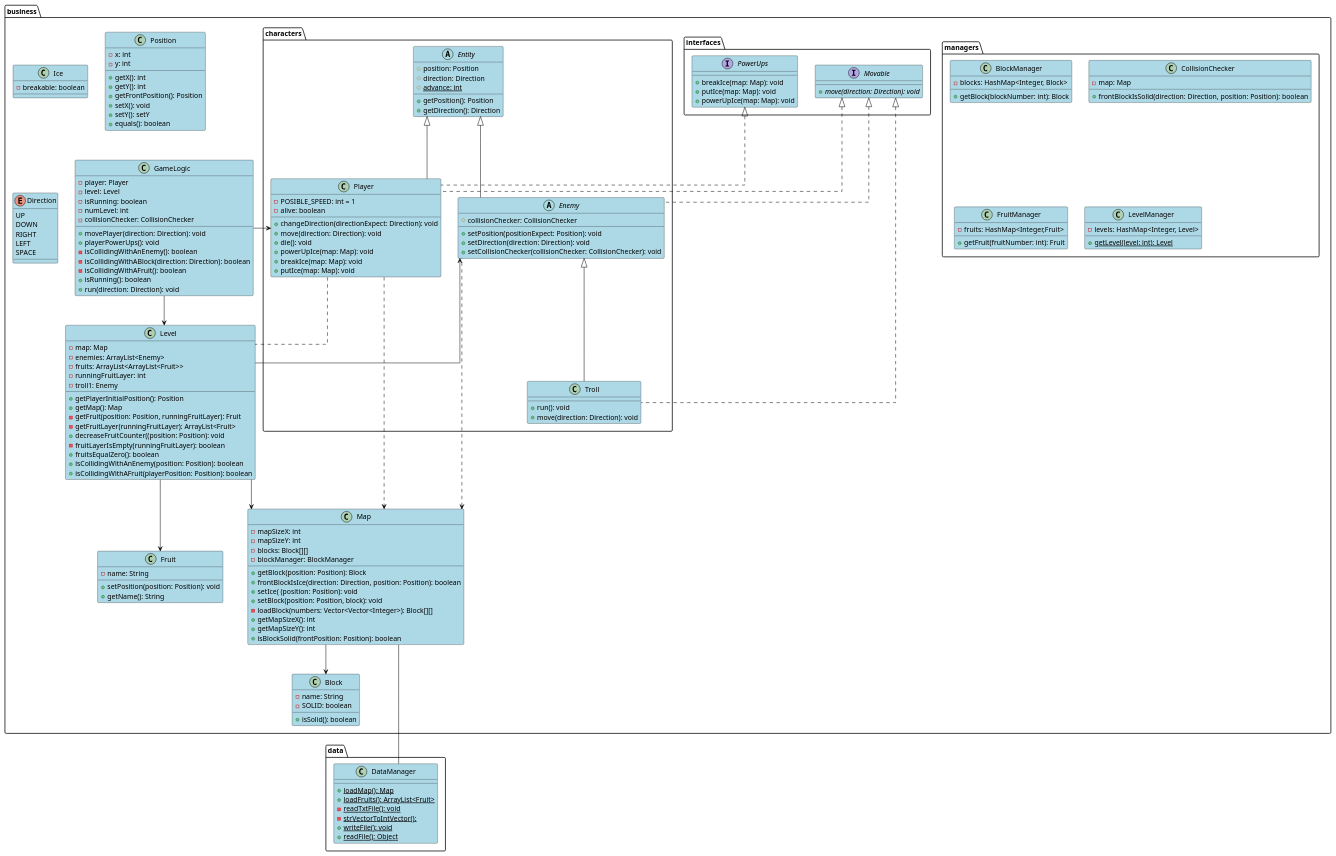
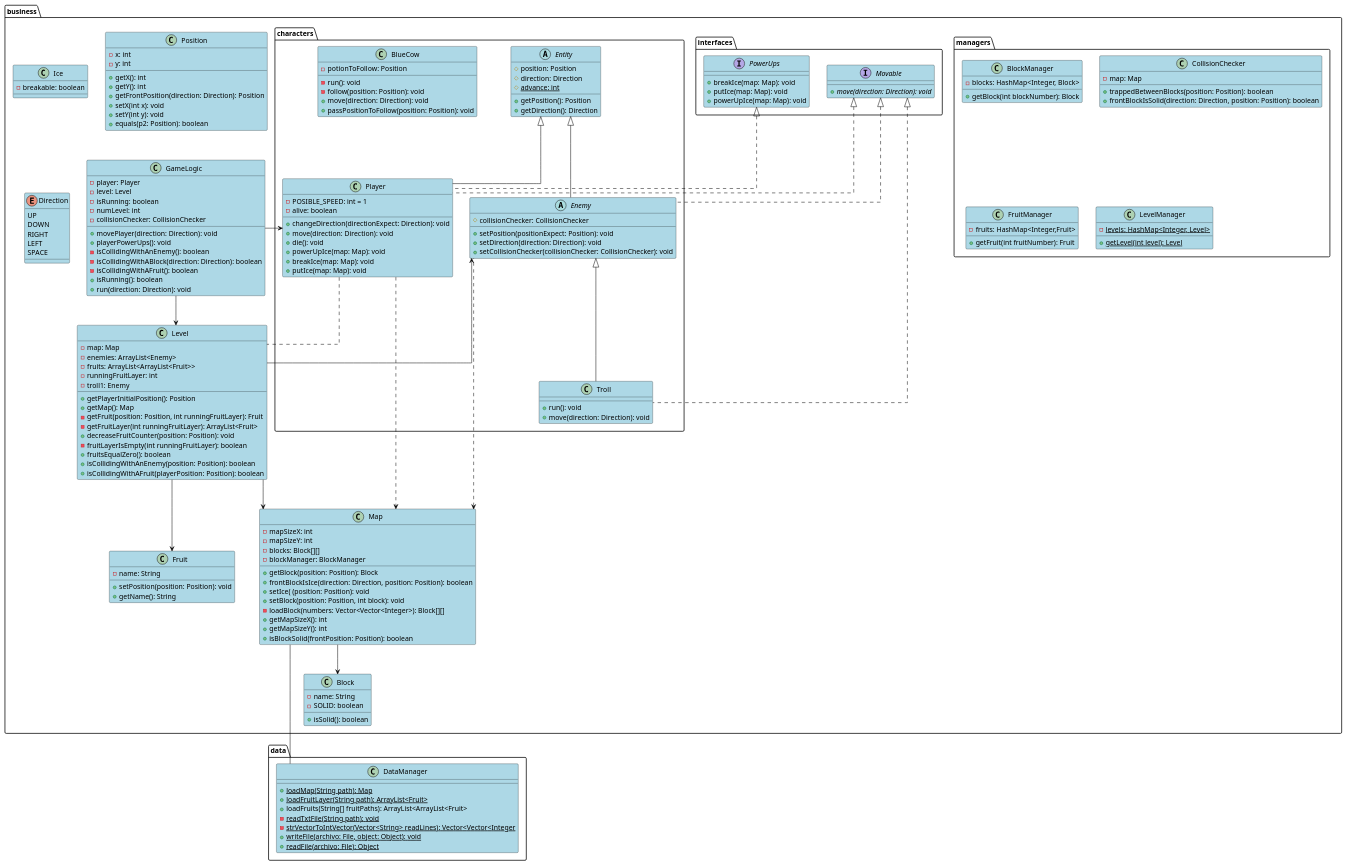
Before and after one commit to ViKunn/ProyectoFinalProgramacion: the diagram in diagrama.puml, drawn with PlantUML. The commit also changed 1 other file, not shown here.

Commit message:
actualización del UML

```diff
--- a/diagrama.puml
+++ b/diagrama.puml
@@ -33,10 +33,10 @@
         -troll1: Enemy
         +getPlayerInitialPosition(): Position
         +getMap(): Map
-        -getFruit(position: Position, runningFruitLayer): Fruit
-        -getFruitLayer(runningFruitLayer): ArrayList<Fruit>
-        +decreaseFruitCounter((position: Position): void
-        -fruitLayerIsEmpty(runningFruitLayer): boolean
+        -getFruit(position: Position, int runningFruitLayer): Fruit
+        -getFruitLayer(int runningFruitLayer): ArrayList<Fruit>
+        +decreaseFruitCounter(position: Position): void
+        -fruitLayerIsEmpty(int runningFruitLayer): boolean
         +fruitsEqualZero(): boolean
         +isCollidingWithAnEnemy(position: Position): boolean
         +isCollidingWithAFruit(playerPosition: Position): boolean
@@ -51,7 +51,7 @@
         +getBlock(position: Position): Block
         +frontBlockIsIce(direction: Direction, position: Position): boolean
         +setIce( (position: Position): void
-        +setBlock(position: Position, block): void
+        +setBlock(position: Position, int block): void
         -loadBlock(numbers: Vector<Vector<Integer>): Block[][]
         +getMapSizeX(): int
         +getMapSizeY(): int
@@ -79,10 +79,10 @@
         -y: int
         +getX(): int
         +getY(): int
-        +getFrontPosition(): Position
-        +setX(): void
-        +setY(): setY
-        +equals(): boolean
+        +getFrontPosition(direction: Direction): Position
+        +setX(int x): void
+        +setY(int y): void
+        +equals(p2: Position): boolean
     }
 
     enum Direction {
@@ -96,22 +96,23 @@
     package managers{
         class BlockManager{
             -blocks: HashMap<Integer, Block>
-            +getBlock(blockNumber: int): Block
+            +getBlock(int blockNumber): Block
         }
 
         class CollisionChecker{
             -map: Map
+            +trappedBetweenBlocks(position: Position): boolean
             +frontBlockIsSolid(direction: Direction, position: Position): boolean
         }
 
         class FruitManager{
             -fruits: HashMap<Integer,Fruit>
-            +getFruit(fruitNumber: int): Fruit
+            +getFruit(int fruitNumber): Fruit
         }
 
         class LevelManager{
-            -levels: HashMap<Integer, Level>
-            +{static}getLevel(level: int): Level
+            -{static}levels: HashMap<Integer, Level>
+            +{static}getLevel(int level): Level
         }
     }
 
@@ -158,17 +159,26 @@
             +run(): void
             +move(direction: Direction): void
         }
+
+        class BlueCow {
+            -potionToFollow: Position
+            -run(): void /'es runnable'/
+            -follow(position: Position): void
+            +move(direction: Direction): void
+            +passPositionToFollow(position: Position): void
+        }
     }
 }
 
 package data{
     class DataManager {
-        +{static}loadMap(): Map
-        +{static}loadFruits(): ArrayList<Fruit>
-        -{static}readTxtFile(): void
-        -{static}strVectorToIntVector():
-        +{static}writeFile(): void
-        +{static}readFile(): Object
+        +{static}loadMap(String path): Map
+        +{static}loadFruitLayer(String path): ArrayList<Fruit>
+        +loadFruits(String[] fruitPaths): ArrayList<ArrayList<Fruit>
+        -{static}readTxtFile(String path): void
+        -{static}strVectorToIntVector(Vector<String> readLines): Vector<Vector<Integer
+        +{static}writeFile(archivo: File, object: Object): void
+        +{static}readFile(archivo: File): Object
     }
 }
 
```
